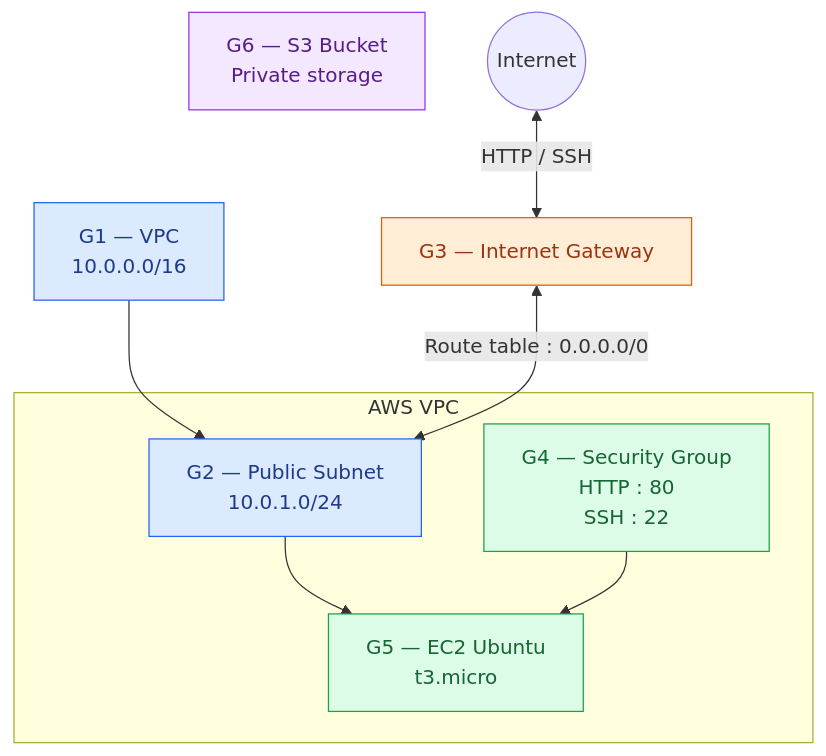
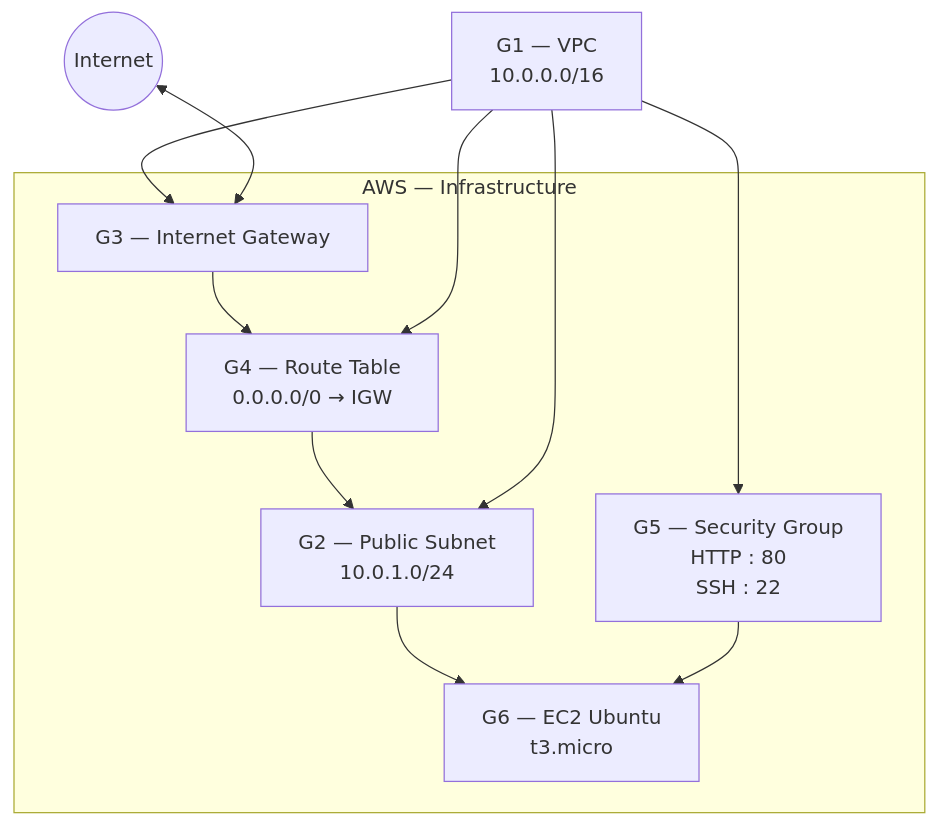
Before and after one commit to halekammoun/Collaborative-Terraform-Labs: the diagram in README.md, drawn with Mermaid.

````diff
--- a/README.md
+++ b/README.md
@@ -29,28 +29,26 @@
 ```mermaid
 flowchart TB
+    Internet(("Internet"))
+
     G1["G1 — VPC<br/>10.0.0.0/16"]
 
-    subgraph VPC["AWS VPC"]
+    subgraph AWS["AWS — Infrastructure"]
         G2["G2 — Public Subnet<br/>10.0.1.0/24"]
-        G4["G4 — Security Group<br/>HTTP : 80<br/>SSH : 22"]
-        G5["G5 — EC2 Ubuntu<br/>t3.micro"]
+        G3["G3 — Internet Gateway"]
+        G4["G4 — Route Table<br/>0.0.0.0/0 → IGW"]
+        G5["G5 — Security Group<br/>HTTP : 80<br/>SSH : 22"]
+        G6["G6 — EC2 Ubuntu<br/>t3.micro"]
 
-        G2 --> G5
-        G4 --> G5
+        G2 --> G6
+        G5 --> G6
+        G4 --> G2
+        G3 --> G4
     end
 
     G1 --> G2
-    G3["G3 — Internet Gateway"]
-    G3 <-->|"Route table : 0.0.0.0/0"| G2
+    G1 --> G3
+    G1 --> G4
+    G1 --> G5
 
-    G6["G6 — S3 Bucket<br/>Private storage"]
-
-    INTERNET(("Internet")) <-->|"HTTP / SSH"| G3
-
-    style G1 fill:#dbeafe,stroke:#2563eb,color:#1e3a8a
-    style G2 fill:#dbeafe,stroke:#2563eb,color:#1e3a8a
-    style G3 fill:#ffedd5,stroke:#ea580c,color:#9a3412
-    style G4 fill:#dcfce7,stroke:#16a34a,color:#166534
-    style G5 fill:#dcfce7,stroke:#16a34a,color:#166534
-    style G6 fill:#f3e8ff,stroke:#9333ea,color:#581c87
+    Internet <--> G3
 ```
````
